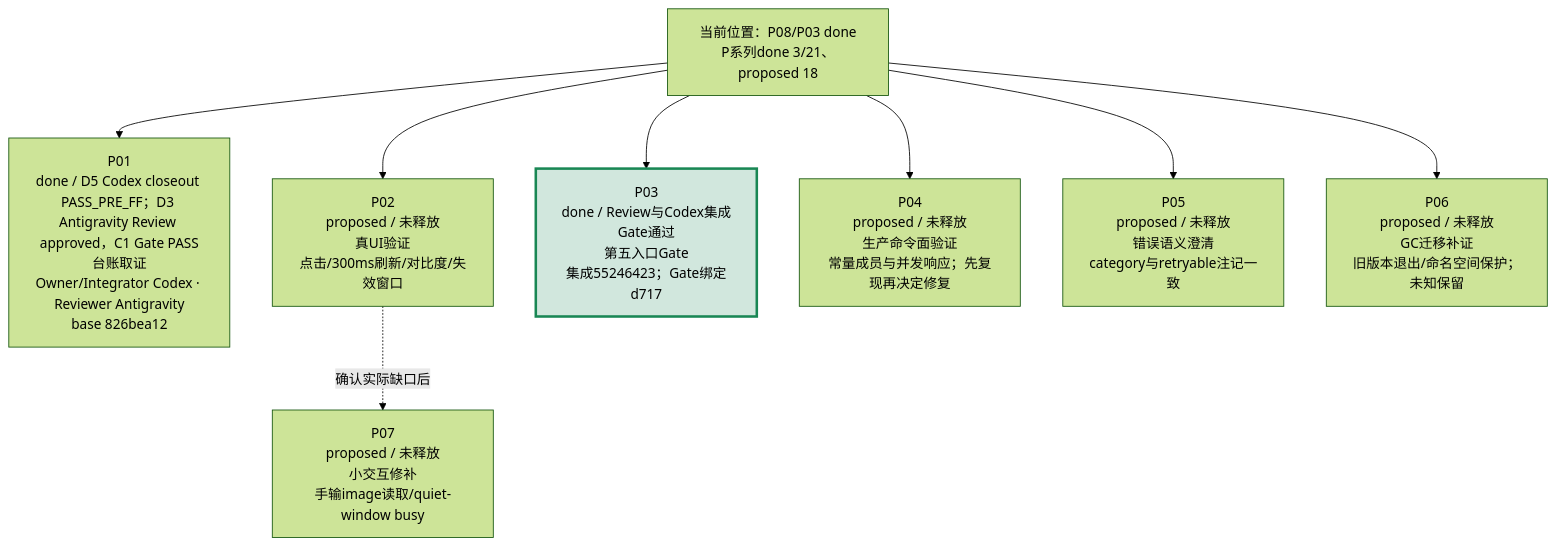
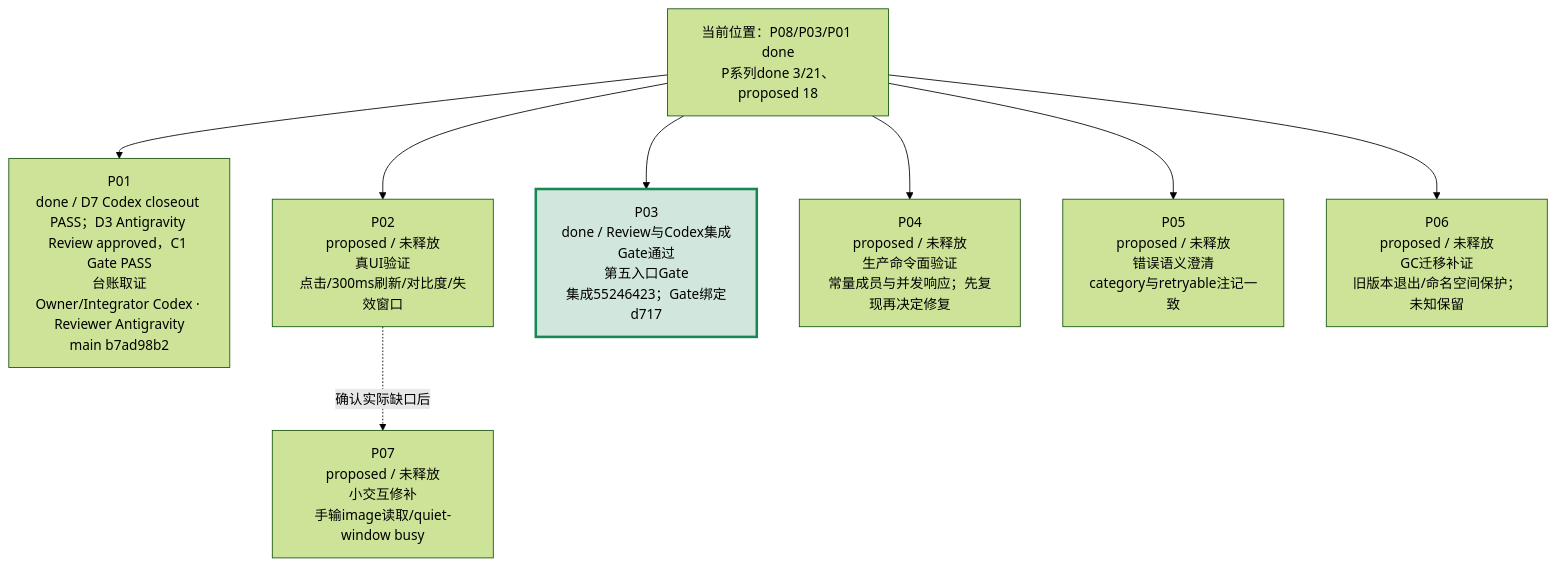
The second of 4 diagrams in verification/PROJECT-ROADMAP-20261008/ROADMAP.md (peakwheat-pixel/New-Manga), drawn with Mermaid (forest theme) before and after one commit. The commit also changed other lines of this file and 11 other files, not shown here.

````diff
--- a/verification/PROJECT-ROADMAP-20261008/ROADMAP.md
+++ b/verification/PROJECT-ROADMAP-20261008/ROADMAP.md
@@ -30,11 +30,11 @@
 ```mermaid
 flowchart TB
-  BASE["当前位置：P08/P03 done<br/>P系列done 3/21、proposed 18"] --> P01["P01<br/>done / D5 Codex closeout PASS_PRE_FF；D3 Antigravity Review approved，C1 Gate PASS<br/>台账取证<br/>Owner/Integrator Codex · Reviewer Antigravity<br/>base 826bea12"]
+  BASE["当前位置：P08/P03/P01 done<br/>P系列done 3/21、proposed 18"] --> P01["P01<br/>done / D7 Codex closeout PASS；D3 Antigravity Review approved，C1 Gate PASS<br/>台账取证<br/>Owner/Integrator Codex · Reviewer Antigravity<br/>main b7ad98b2"]
   BASE --> P02["P02<br/>proposed / 未释放<br/>真UI验证<br/>点击/300ms刷新/对比度/失效窗口"]
   BASE --> P03["P03<br/>done / Review与Codex集成Gate通过<br/>第五入口Gate<br/>集成55246423；Gate绑定d717"]
   BASE --> P04["P04<br/>proposed / 未释放<br/>生产命令面验证<br/>常量成员与并发响应；先复现再决定修复"]
   BASE --> P05["P05<br/>proposed / 未释放<br/>错误语义澄清<br/>category与retryable注记一致"]
   BASE --> P06["P06<br/>proposed / 未释放<br/>GC迁移补证<br/>旧版本退出/命名空间保护；未知保留"]
   P02 -. "确认实际缺口后" .-> P07["P07<br/>proposed / 未释放<br/>小交互修补<br/>手输image读取/quiet-window busy"]
   style P03 fill:#d1e7dd,stroke:#198754,stroke-width:3px
 ```
````
